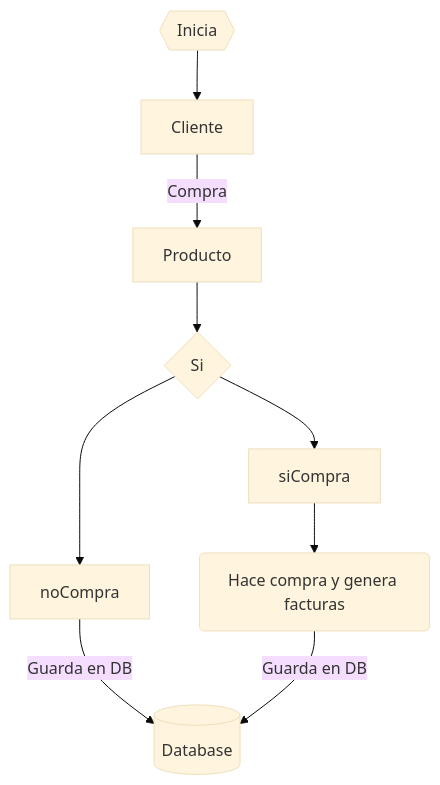
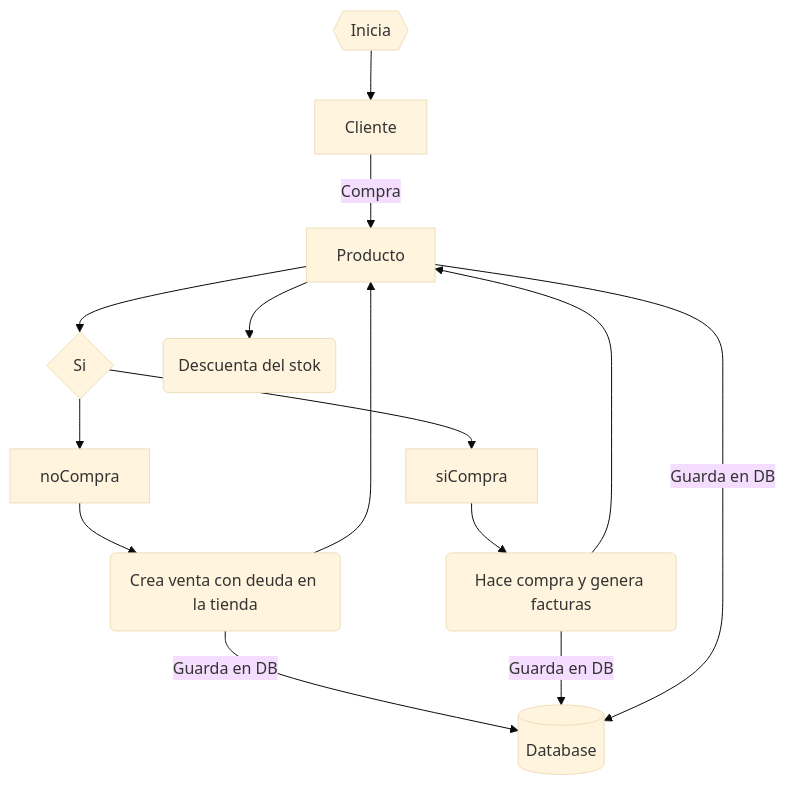
One commit to jose55mase/tienda_flutter_spring changed the second of 2 diagrams in README.md. Above: the diagram before and after it, drawn with Mermaid (base theme). The commit also changed other lines of this file, not shown here.

````diff
--- a/README.md
+++ b/README.md
@@ -25,9 +25,11 @@
 ```mermaid
 flowchart TD
 id1{{Inicia}} -->Cliente --Compra--> Producto
 Producto--> id2{Si}
 id2{Si} --> siCompra
 id2{Si} --> noCompra
-noCompra  --Guarda en DB--> dB[(Database)]
+noCompra --> id5(Crea venta con deuda en la tienda)  --Guarda en DB--> dB[(Database)]
 siCompra --> id4(Hace compra y genera facturas) --Guarda en DB--> dB[(Database)]
+id4(Hace compra y genera facturas) --> Producto --> descontar(Descuenta del stok)
+id5(Crea venta con deuda en la tienda) --> Producto --Guarda en DB--> dB[(Database)]
 ```
````
